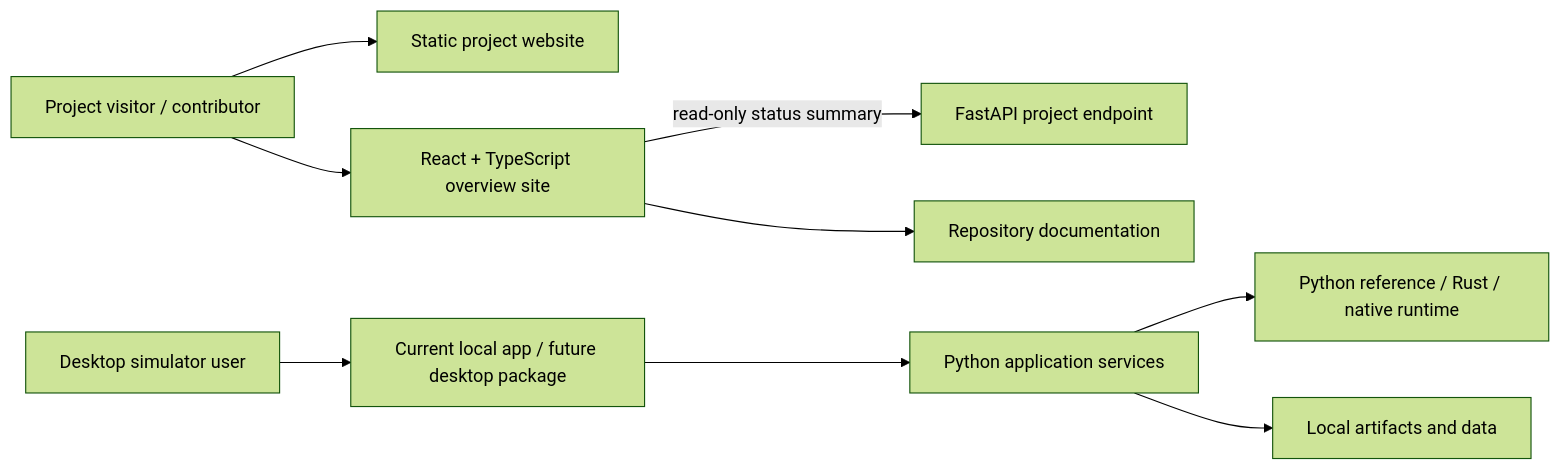
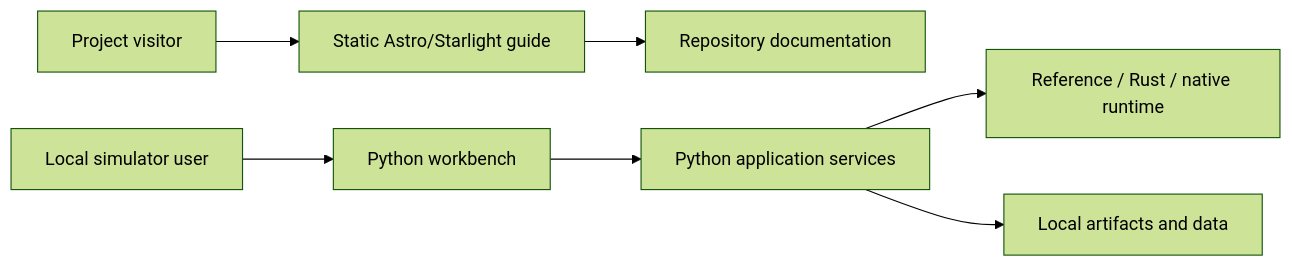
Before and after one commit to adian007/HEPLab: the diagram in docs/web/README.md, drawn with Mermaid (forest theme). The commit also changed other lines of this file and 1837 other files, not shown here.

````diff
--- a/docs/web/README.md
+++ b/docs/web/README.md
@@ -41,11 +36,9 @@
 ```mermaid
 flowchart LR
-    VISITOR[Open-source project visitor] --> SITE[Static project website]
-    VISITOR[Project visitor / contributor] --> WEB[React + TypeScript overview site]
-    WEB -->|read-only status summary| API[FastAPI project endpoint]
-    WEB --> DOCS[Repository documentation]
-    USER[Desktop simulator user] --> DESKTOP[Current local app / future desktop package]
-    DESKTOP --> SVC[Python application services]
-    SVC --> ENGINE[Python reference / Rust / native runtime]
+    VISITOR[Project visitor] --> SITE[Static Astro/Starlight guide]
+    SITE --> DOCS[Repository documentation]
+    USER[Local simulator user] --> WORKBENCH[Python workbench]
+    WORKBENCH --> SVC[Python application services]
+    SVC --> ENGINE[Reference / Rust / native runtime]
     SVC --> STORE[Local artifacts and data]
 ```
````
